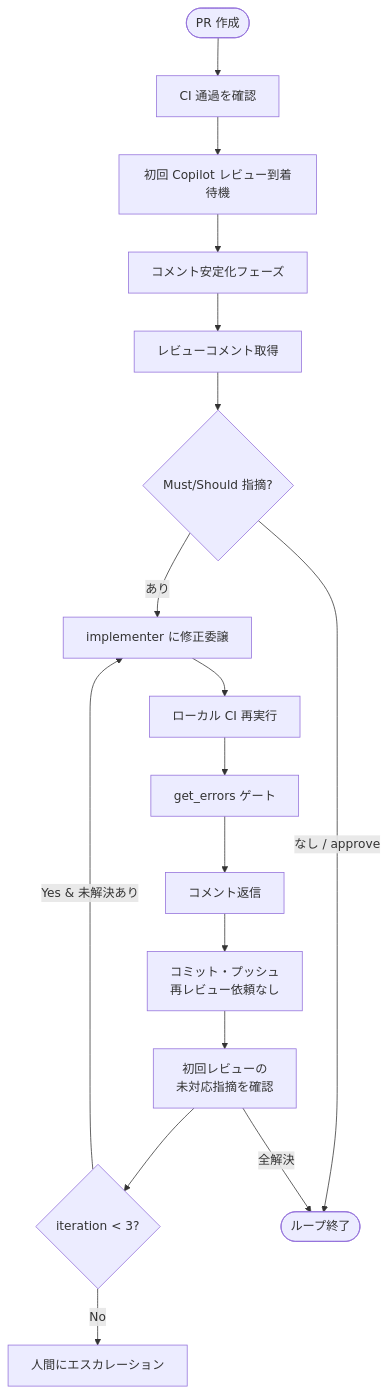
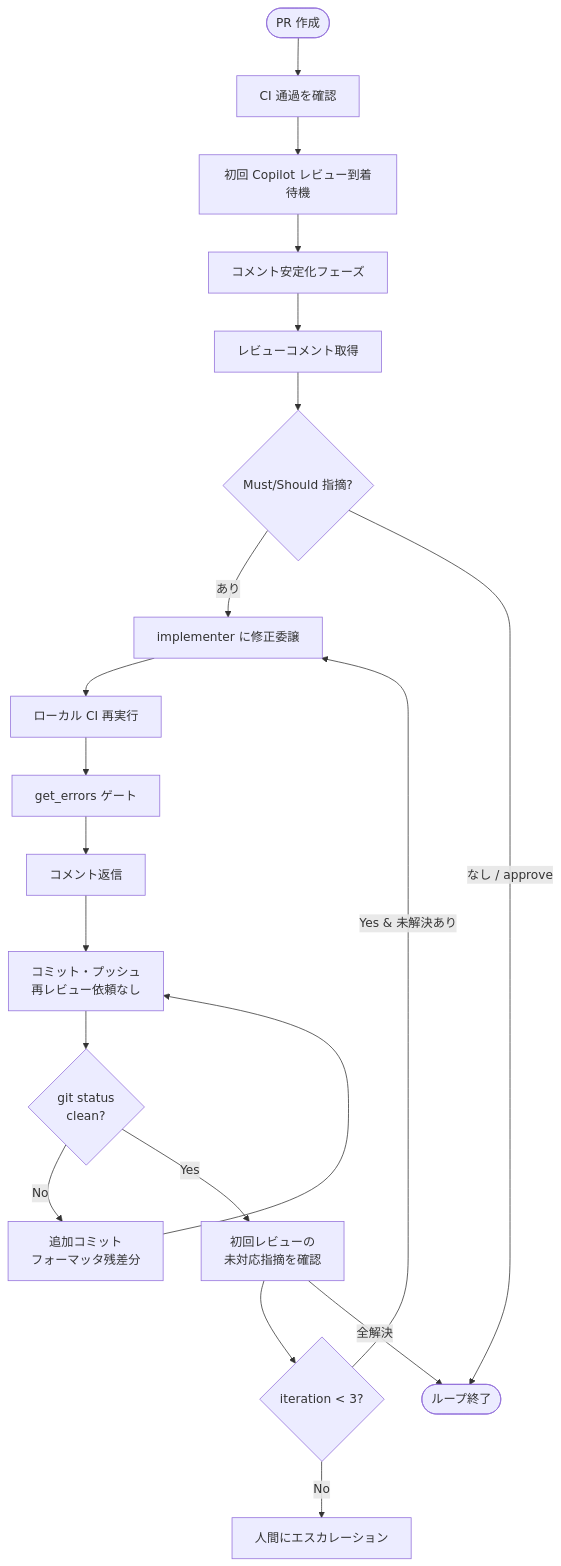
The fourth of 5 diagrams in docs/orchestration.md (KosGit-ti/dev-orchestration-template), drawn with Mermaid before and after one commit. The commit also changed other lines of this file and 1 other file, not shown here.

Commit message:
docs: コミット後クリーン検証ゲートの追加
- orchestration.md Step 7 と Copilot レビュー Mermaid フローに
  コミット後クリーン検証（git status clean?）ゲートを追加
- copilot-instructions.md Step 8・Step 10 に同ルールを追記

````diff
--- a/docs/orchestration.md
+++ b/docs/orchestration.md
@@ -493,19 +494,22 @@
 ```mermaid
 flowchart TD
     Start([PR 作成]) --> WaitCI[CI 通過を確認]
     WaitCI --> WaitReview[初回 Copilot レビュー到着待機]
     WaitReview --> Stable[コメント安定化フェーズ]
     Stable --> GetComments[レビューコメント取得]
     GetComments --> Classify{Must/Should 指摘?}
     Classify -->|あり| Fix[implementer に修正委譲]
     Fix --> LocalCI[ローカル CI 再実行]
     LocalCI --> IDECheck[get_errors ゲート]
     IDECheck --> Reply[コメント返信]
     Reply --> Push[コミット・プッシュ<br/>再レビュー依頼なし]
-    Push --> Recheck[初回レビューの<br/>未対応指摘を確認]
+    Push --> CleanCheck{git status<br/>clean?}
+    CleanCheck -->|No| AddCommit[追加コミット<br/>フォーマッタ残差分]
+    AddCommit --> Push
+    CleanCheck -->|Yes| Recheck[初回レビューの<br/>未対応指摘を確認]
     Recheck --> Inc{iteration < 3?}
     Inc -->|Yes & 未解決あり| Fix
     Inc -->|No| Escalate[人間にエスカレーション]
     Classify -->|なし / approve| Done([ループ終了])
     Recheck -->|全解決| Done
 ```
````
